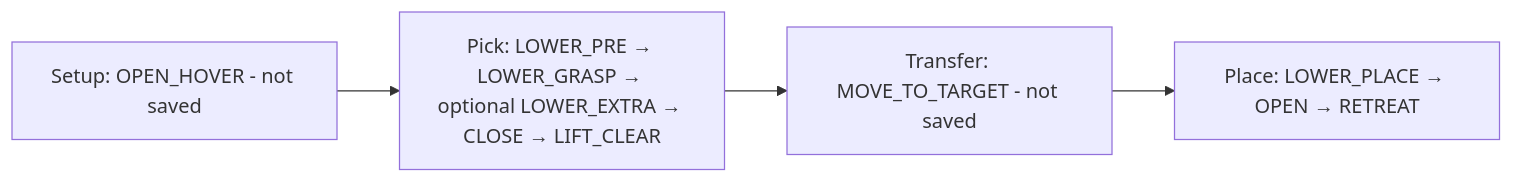
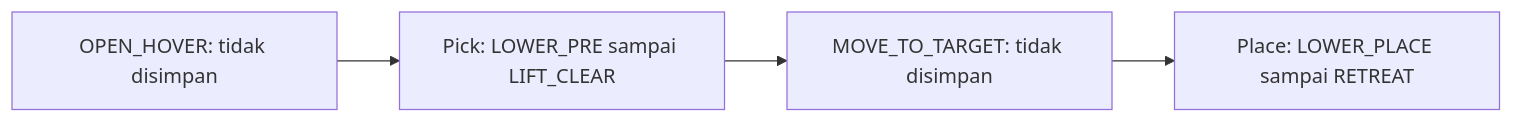
Before and after one commit to angelinemar/NSTC-Surgical-Instrument-Pick-Place: the third of 3 diagrams in README.md, drawn with Mermaid. The commit also changed other lines of this file and 9 other files, not shown here.

Commit message:
Organize workflow documentation with diagrams and clear contracts

````diff
--- a/README.md
+++ b/README.md
@@ -54,6 +73,6 @@
 ```mermaid
 flowchart LR
-    A[Setup: OPEN_HOVER - not saved] --> B[Pick: LOWER_PRE → LOWER_GRASP → optional LOWER_EXTRA → CLOSE → LIFT_CLEAR]
-    B --> C[Transfer: MOVE_TO_TARGET - not saved]
-    C --> D[Place: LOWER_PLACE → OPEN → RETREAT]
+    A["OPEN_HOVER: tidak disimpan"] --> B["Pick: LOWER_PRE sampai LIFT_CLEAR"]
+    B --> C["MOVE_TO_TARGET: tidak disimpan"]
+    C --> D["Place: LOWER_PLACE sampai RETREAT"]
 ```
````
